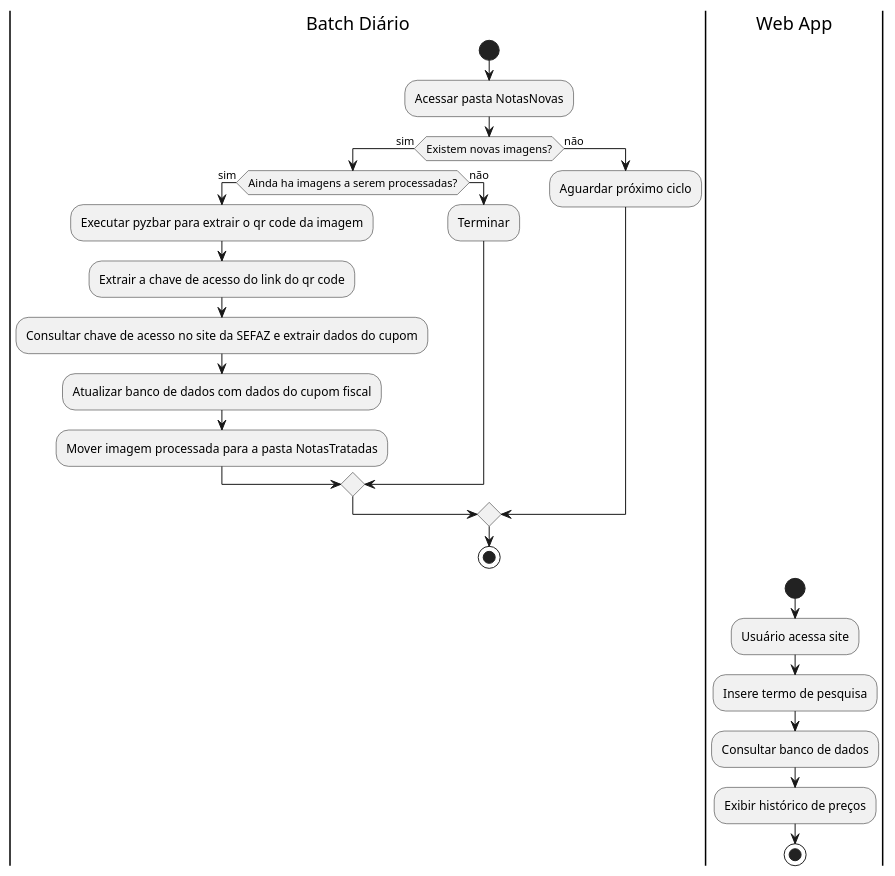
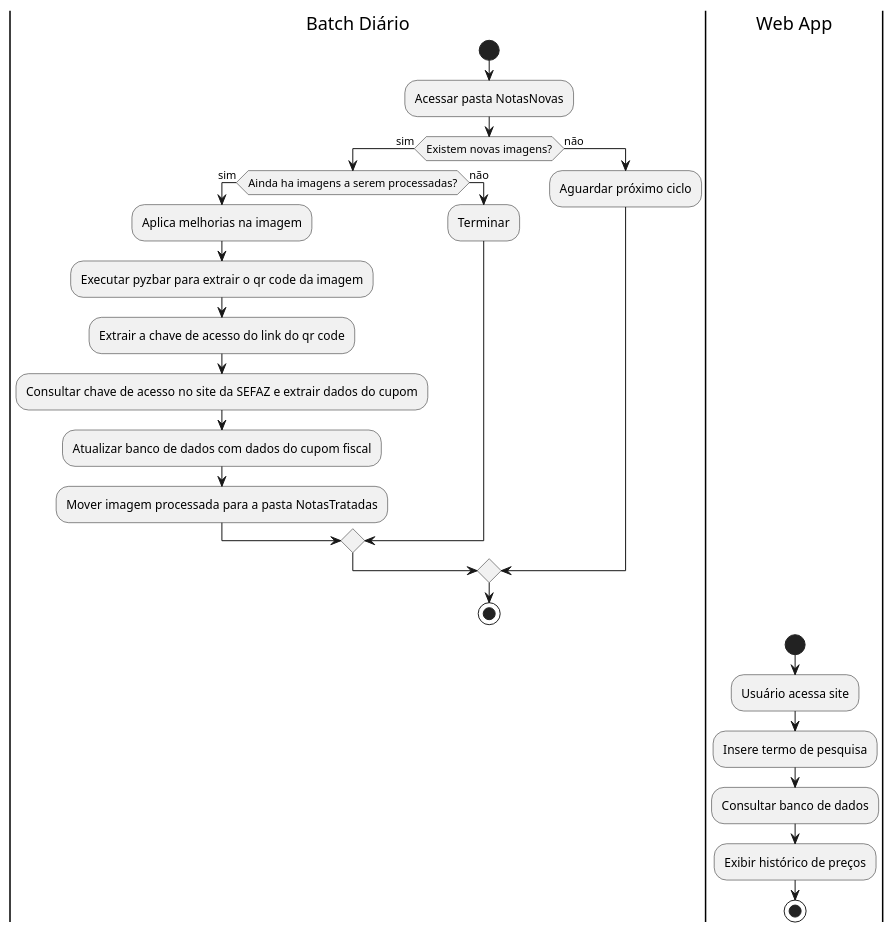
The diagram in docs/fluxograma.plantuml (brunoropacheco/Historico_Mercado), drawn with PlantUML before and after one commit. The commit also changed 7 other files, not shown here.

Commit message:
atualizando documentacao atualizando estrutura mvc no plantuml atualizando fluxograma deletando arquivos nao utilizados atualizando readme

```diff
--- a/docs/fluxograma.plantuml
+++ b/docs/fluxograma.plantuml
@@ -1,27 +1,28 @@
 @startuml fluxograma
 |Batch Diário|
 start
 :Acessar pasta NotasNovas;
 if (Existem novas imagens?) then (sim)
   if (Ainda ha imagens a serem processadas?) then (sim)
+    :Aplica melhorias na imagem;
     :Executar pyzbar para extrair o qr code da imagem;
     :Extrair a chave de acesso do link do qr code;
     :Consultar chave de acesso no site da SEFAZ e extrair dados do cupom;
     :Atualizar banco de dados com dados do cupom fiscal;
     :Mover imagem processada para a pasta NotasTratadas;
   else (não)
     :Terminar;
   endif
 else (não)
   :Aguardar próximo ciclo;
 endif
 stop
 
 |Web App|
 start
 :Usuário acessa site;
 :Insere termo de pesquisa;
 :Consultar banco de dados;
 :Exibir histórico de preços;
 stop
 @enduml
```
